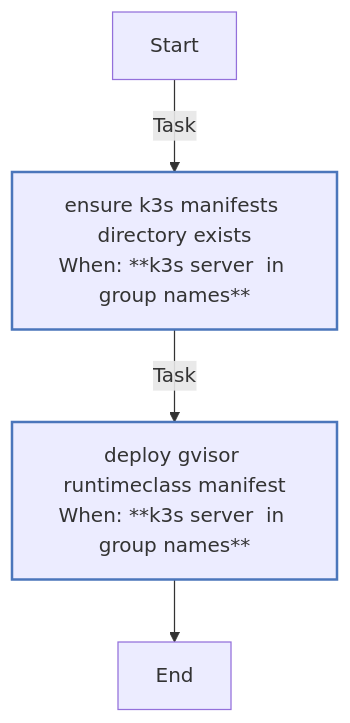
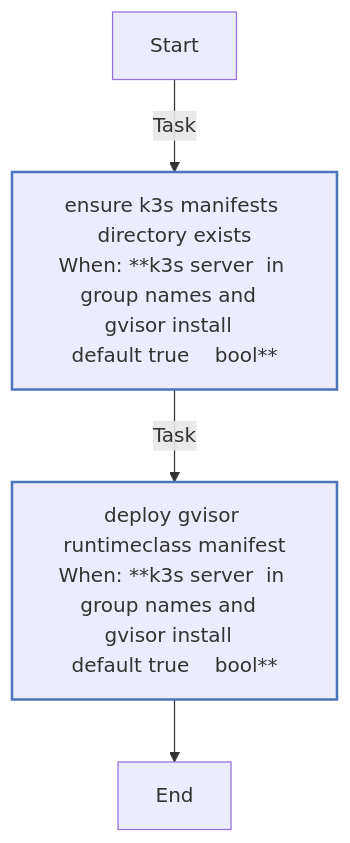
The third of 3 diagrams in roles/gvisor/README.md (rou-cru/k3s-homelab), drawn with Mermaid before and after one commit. The commit also changed other lines of this file and 41 other files, not shown here.

````diff
--- a/roles/gvisor/README.md
+++ b/roles/gvisor/README.md
@@ -112,16 +117,16 @@
 ```mermaid
 flowchart TD
 Start
 classDef block stroke:#3498db,stroke-width:2px;
 classDef task stroke:#4b76bb,stroke-width:2px;
 classDef includeTasks stroke:#16a085,stroke-width:2px;
 classDef importTasks stroke:#34495e,stroke-width:2px;
 classDef includeRole stroke:#2980b9,stroke-width:2px;
 classDef importRole stroke:#699ba7,stroke-width:2px;
 classDef includeVars stroke:#8e44ad,stroke-width:2px;
 classDef rescue stroke:#665352,stroke-width:2px;
 
-  Start-->|Task| Ensure_K3s_manifests_directory_exists0[ensure k3s manifests directory exists<br>When: **k3s server  in group names**]:::task
-  Ensure_K3s_manifests_directory_exists0-->|Task| Deploy_gVisor_RuntimeClass_manifest1[deploy gvisor runtimeclass manifest<br>When: **k3s server  in group names**]:::task
+  Start-->|Task| Ensure_K3s_manifests_directory_exists0[ensure k3s manifests directory exists<br>When: **k3s server  in group names and  gvisor install  <br>default true    bool**]:::task
+  Ensure_K3s_manifests_directory_exists0-->|Task| Deploy_gVisor_RuntimeClass_manifest1[deploy gvisor runtimeclass manifest<br>When: **k3s server  in group names and  gvisor install  <br>default true    bool**]:::task
   Deploy_gVisor_RuntimeClass_manifest1-->End
 ```
````
